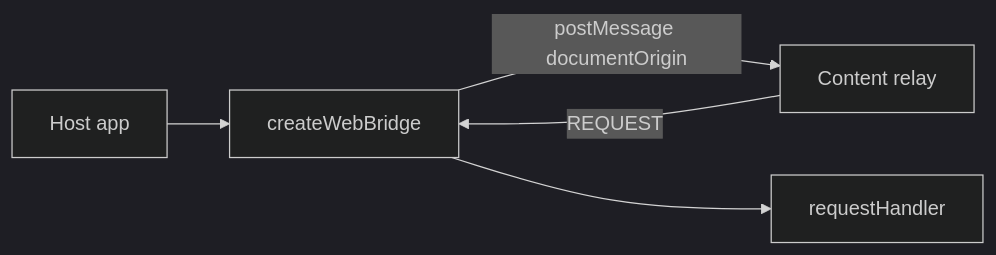
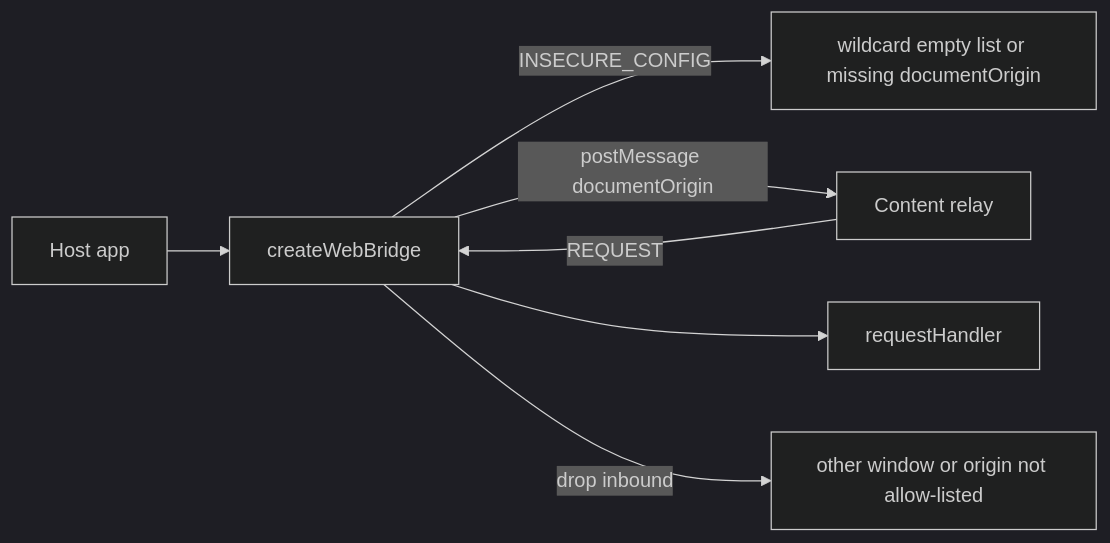
The first of 3 diagrams in packages/@webex/web-extension-bridge/src/web/docs/README.md (webex/webex-js-sdk), drawn with Mermaid (dark theme) before and after one commit. The commit also changed other lines of this file and 3 other files, not shown here.

Commit message:
docs(web-extension-bridge): add hop failure paths to Stage 0 mermaid (SPARK-853132)

````diff
--- a/packages/@webex/web-extension-bridge/src/web/docs/README.md
+++ b/packages/@webex/web-extension-bridge/src/web/docs/README.md
@@ -128,7 +128,9 @@
 ```mermaid
 flowchart LR
   App[Host app] --> Bridge[createWebBridge]
+  Bridge -->|INSECURE_CONFIG| CfgFail[wildcard empty list or missing documentOrigin]
   Bridge -->|postMessage documentOrigin| Relay[Content relay]
   Relay -->|REQUEST| Bridge
   Bridge --> Handler[requestHandler]
+  Bridge -->|drop inbound| Drop[other window or origin not allow-listed]
 ```
````
